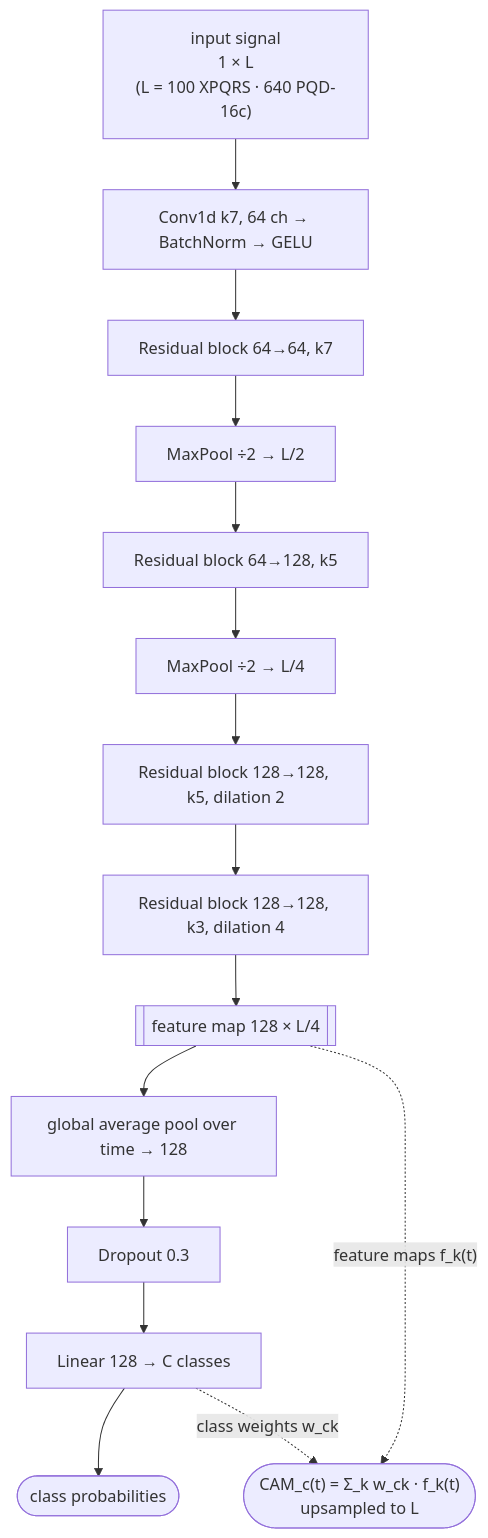
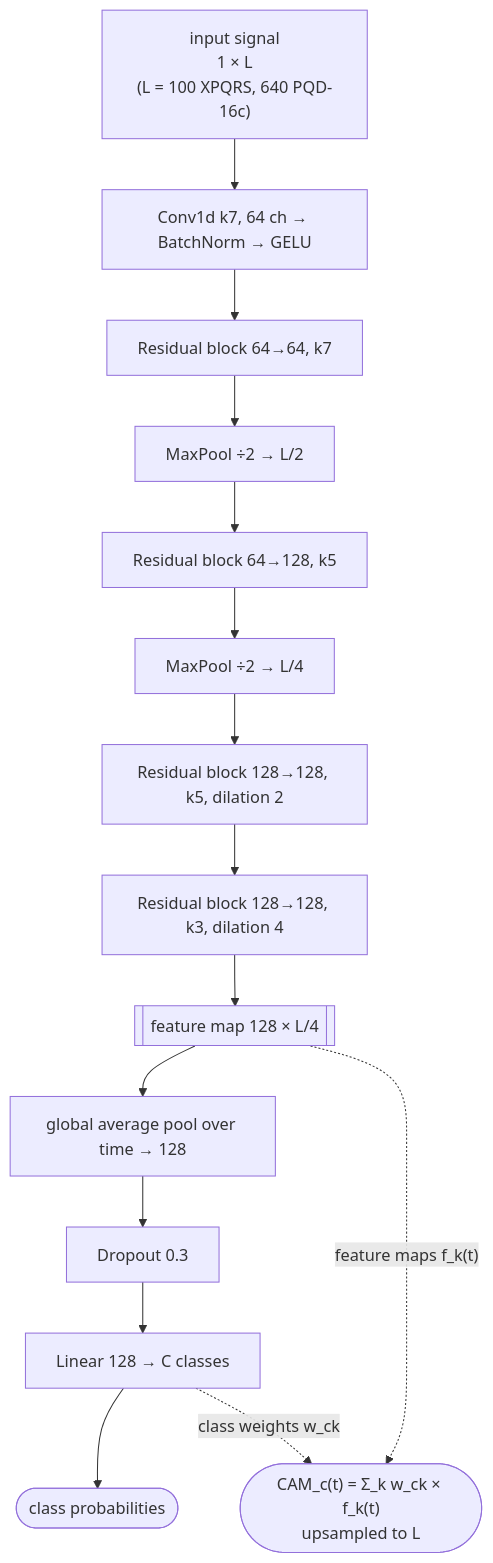
The second of 4 diagrams in docs/ARCHITECTURE.md (Chethan616/xai), drawn with Mermaid before and after one commit. The commit also changed other lines of this file and 18 other files, not shown here.

Commit message:
Replace middle-dot separators with commas and pipes across docs, diagrams and GUI

````diff
--- a/docs/ARCHITECTURE.md
+++ b/docs/ARCHITECTURE.md
@@ -60,21 +60,21 @@
 ```mermaid
 flowchart TB
-    IN["input signal<br/>1 × L<br/>(L = 100 XPQRS · 640 PQD-16c)"]
+    IN["input signal<br/>1 × L<br/>(L = 100 XPQRS, 640 PQD-16c)"]
     S["Conv1d k7, 64 ch → BatchNorm → GELU"]
     R1["Residual block 64→64, k7"]
     P1["MaxPool ÷2  →  L/2"]
     R2["Residual block 64→128, k5"]
     P2["MaxPool ÷2  →  L/4"]
     R3["Residual block 128→128, k5, dilation 2"]
     R4["Residual block 128→128, k3, dilation 4"]
     FM[["feature map  128 × L/4"]]
     GAP["global average pool over time → 128"]
     DO["Dropout 0.3"]
     FC["Linear 128 → C classes"]
     OUT(["class probabilities"])
-    CAM(["CAM_c(t) = Σ_k w_ck · f_k(t)<br/>upsampled to L"])
+    CAM(["CAM_c(t) = Σ_k w_ck × f_k(t)<br/>upsampled to L"])
 
     IN --> S --> R1 --> P1 --> R2 --> P2 --> R3 --> R4 --> FM --> GAP --> DO --> FC --> OUT
     FM -. "feature maps f_k(t)" .-> CAM
     FC -. "class weights w_ck" .-> CAM
 ```
````
